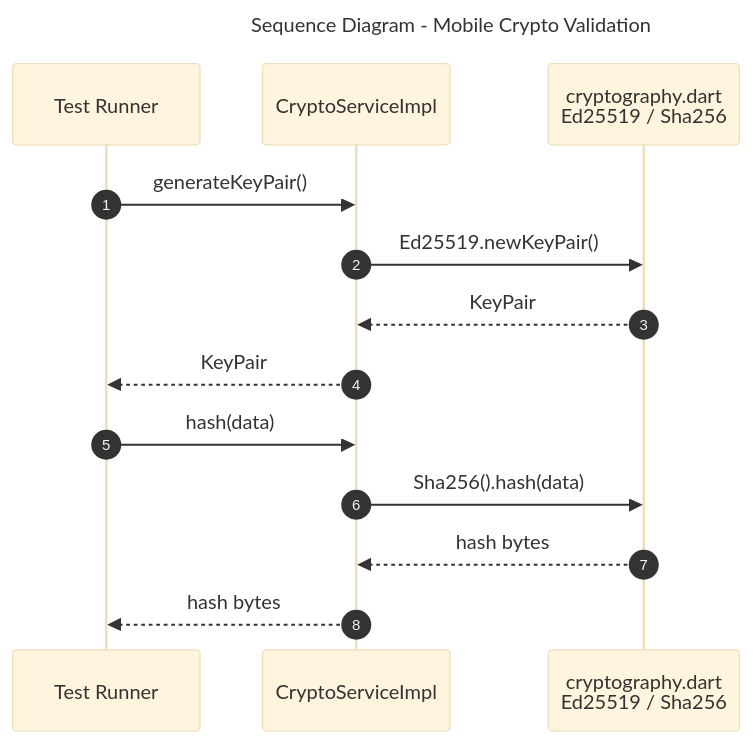
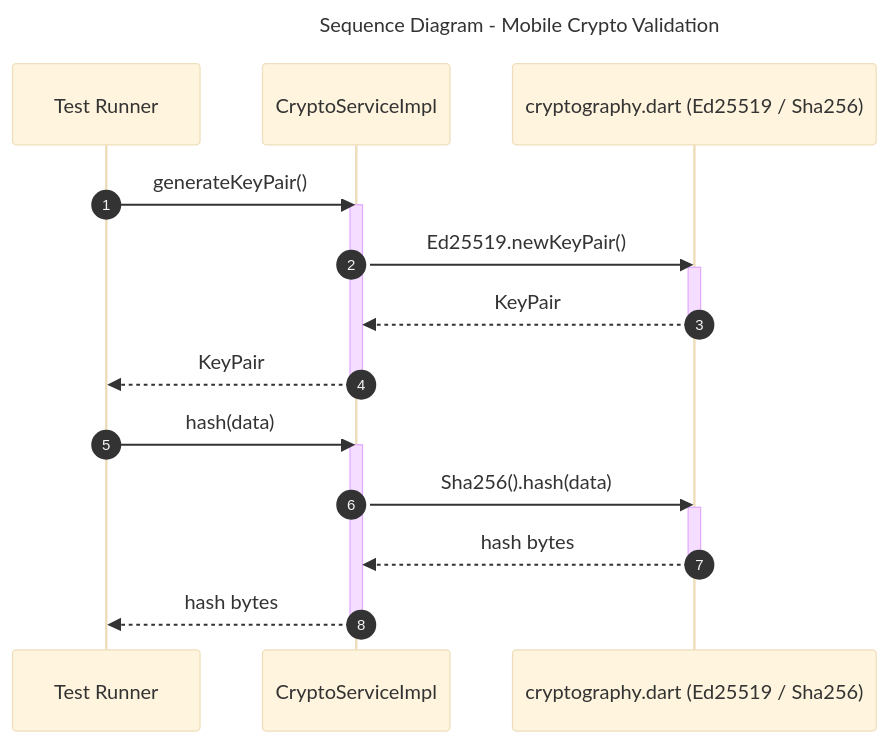
The diagram in diagrams/sequence-mobile-crypto-validation.mmd (CHATEAUFORGE-LLC/QuantumZero), drawn with Mermaid before and after one commit. The commit also changed 41 other files, not shown here.

Commit message:
Standardized all sequence diagrams, and refactored everything to ensure UML compliance, unification of content and design of key diagrams

```diff
--- a/diagrams/sequence-mobile-crypto-validation.mmd
+++ b/diagrams/sequence-mobile-crypto-validation.mmd
@@ -1,19 +1,29 @@
 ---
 title: Sequence Diagram - Mobile Crypto Validation
 config:
   theme: base
 ---
 %% QuantumZero UML palette note: actors/external=#fff7e6/#b45309, system/component=#e0f2fe/#075985, datastore=#ecfccb/#4d7c0f, notes=#fff9c4/#d97706. Aligns diagrams to Deliverable 1 UML/DFD theme.
 sequenceDiagram
- autonumber
- participant Runner as Test Runner
- participant CryptoSvc as CryptoServiceImpl
- participant CryptoLib as cryptography.dart<br/>Ed25519 / Sha256
- Runner->>CryptoSvc: generateKeyPair()
- CryptoSvc->>CryptoLib: Ed25519.newKeyPair()
- CryptoLib-->>CryptoSvc: KeyPair
- CryptoSvc-->>Runner: KeyPair
- Runner->>CryptoSvc: hash(data)
- CryptoSvc->>CryptoLib: Sha256().hash(data)
- CryptoLib-->>CryptoSvc: hash bytes
- CryptoSvc-->>Runner: hash bytes
+  autonumber
+  participant Runner as Test Runner
+  participant CryptoSvc as CryptoServiceImpl
+  participant CryptoLib as cryptography.dart (Ed25519 / Sha256)
+
+  Runner->>CryptoSvc: generateKeyPair()
+  activate CryptoSvc
+  CryptoSvc->>CryptoLib: Ed25519.newKeyPair()
+  activate CryptoLib
+  CryptoLib-->>CryptoSvc: KeyPair
+  deactivate CryptoLib
+  CryptoSvc-->>Runner: KeyPair
+  deactivate CryptoSvc
+
+  Runner->>CryptoSvc: hash(data)
+  activate CryptoSvc
+  CryptoSvc->>CryptoLib: Sha256().hash(data)
+  activate CryptoLib
+  CryptoLib-->>CryptoSvc: hash bytes
+  deactivate CryptoLib
+  CryptoSvc-->>Runner: hash bytes
+  deactivate CryptoSvc
```
